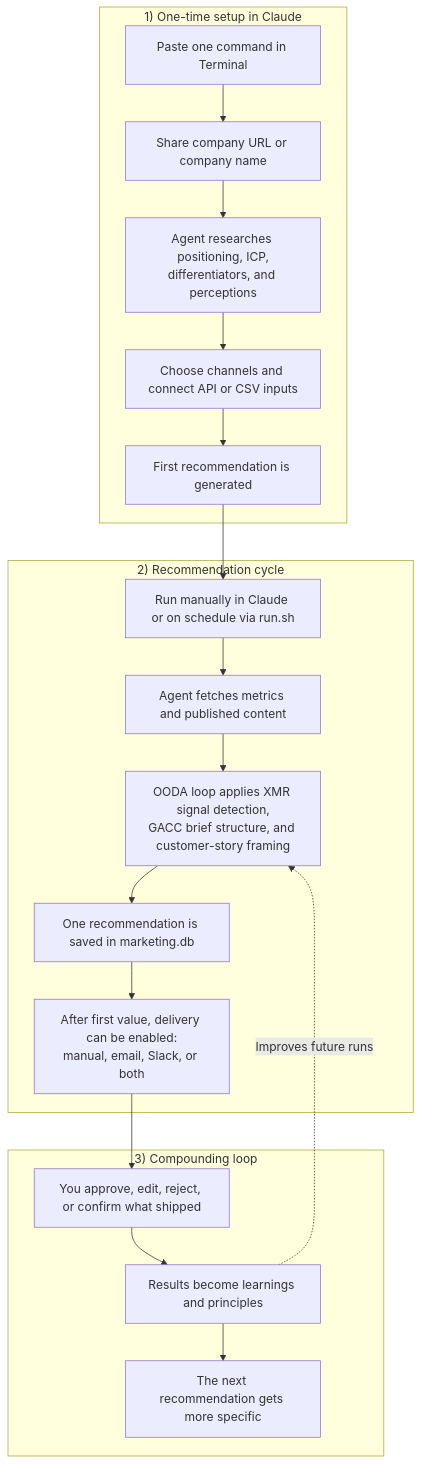
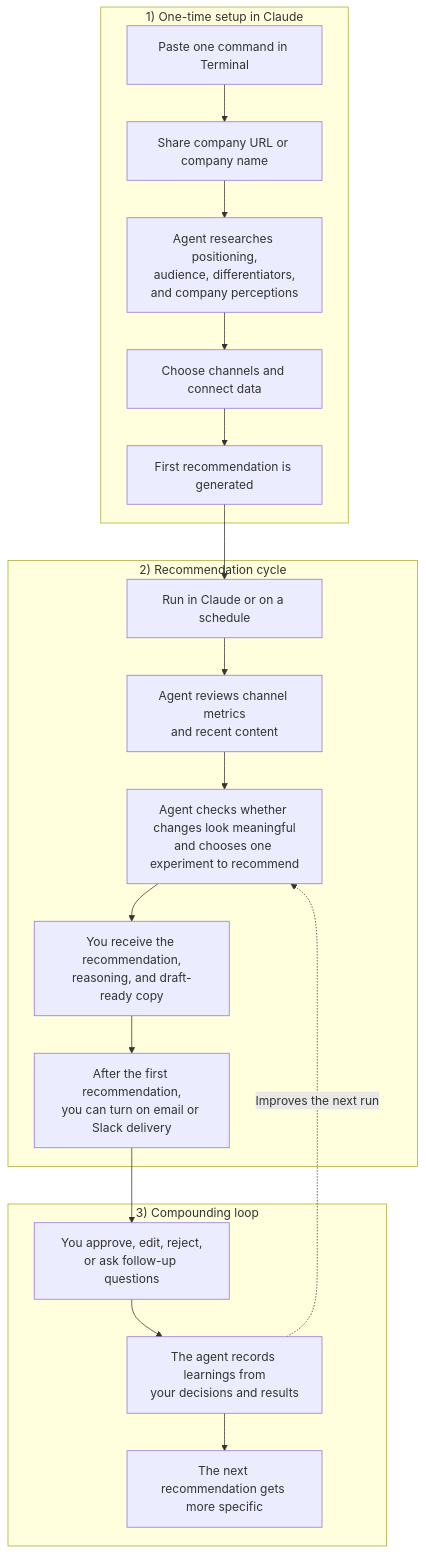
One commit to ryan-hennebry/compound-marketing changed the diagram in assets/how-it-works.mmd. Above: the diagram before and after it, drawn with Mermaid. The commit also changed 3 other files, not shown here.

Commit message:
Refine README flow and diagram assets

```diff
--- a/assets/how-it-works.mmd
+++ b/assets/how-it-works.mmd
@@ -1,29 +1,29 @@
 flowchart TB
   subgraph SETUP["1) One-time setup in Claude"]
     A["Paste one command in Terminal"]
     B["Share company URL or company name"]
-    C["Agent researches positioning, ICP,<br/>differentiators, and perceptions"]
-    D["Choose channels and connect API or CSV inputs"]
+    C["Agent researches positioning,<br/>audience, differentiators,<br/>and company perceptions"]
+    D["Choose channels and connect data"]
     E["First recommendation is generated"]
     A --> B --> C --> D --> E
   end
 
   subgraph CYCLE["2) Recommendation cycle"]
-    F["Run manually in Claude or on schedule via run.sh"]
-    G["Agent fetches metrics and published content"]
-    H["OODA loop applies XMR signal detection,<br/>GACC brief structure, and customer-story framing"]
-    I["One recommendation is saved in marketing.db"]
-    J["After first value, delivery can be enabled:<br/>manual, email, Slack, or both"]
+    F["Run in Claude or on a schedule"]
+    G["Agent reviews channel metrics<br/>and recent content"]
+    H["Agent checks whether changes look meaningful<br/>and chooses one experiment to recommend"]
+    I["You receive the recommendation,<br/>reasoning, and draft-ready copy"]
+    J["After the first recommendation,<br/>you can turn on email or Slack delivery"]
     F --> G --> H --> I --> J
   end
 
   subgraph COMPOUND["3) Compounding loop"]
-    K["You approve, edit, reject, or confirm what shipped"]
-    L["Results become learnings and principles"]
+    K["You approve, edit, reject,<br/>or ask follow-up questions"]
+    L["The agent records learnings from<br/>your decisions and results"]
     M["The next recommendation gets more specific"]
     K --> L --> M
   end
 
   E --> F
   J --> K
-  L -. "Improves future runs" .-> H
+  L -. "Improves the next run" .-> H
```
